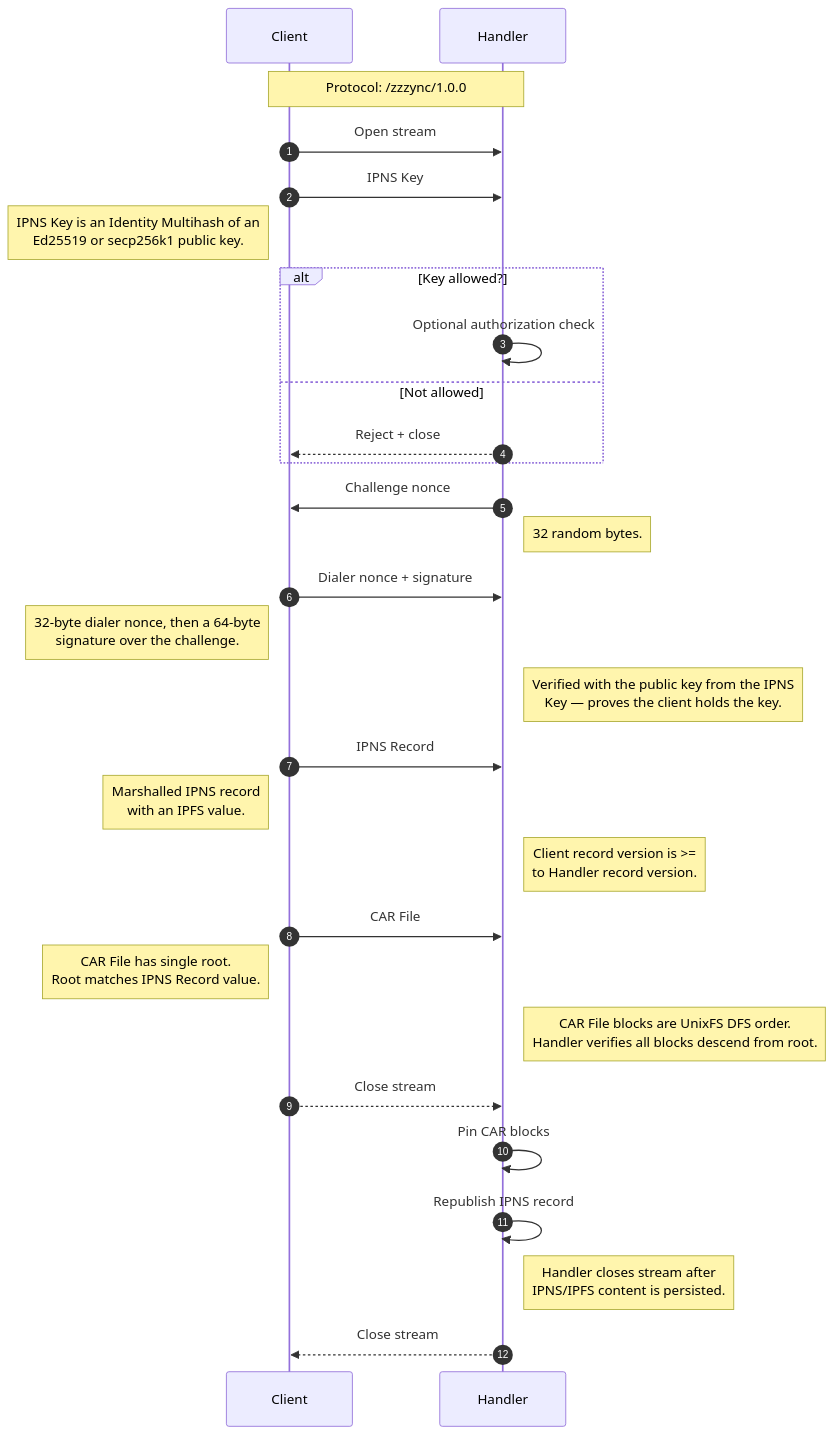
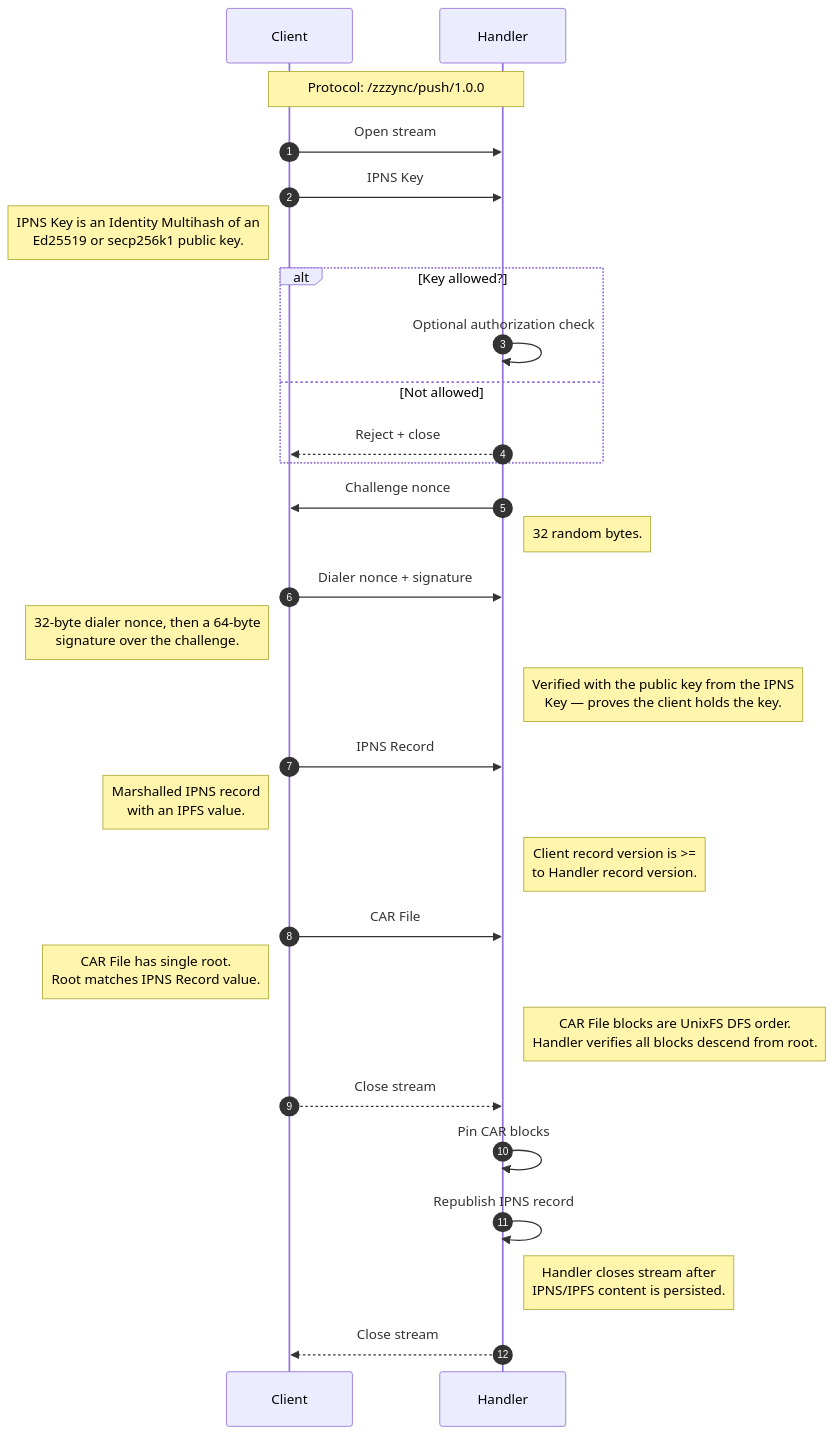
The diagram in spec.md (tabcat/zzzync), drawn with Mermaid before and after one commit. The commit also changed other lines of this file and 5 other files, not shown here.

First line of the commit message:
refactor: name the push protocol /zzzync/push/1.0.0

````diff
--- a/spec.md
+++ b/spec.md
@@ -13,40 +13,40 @@
 ```mermaid
 sequenceDiagram
   autonumber
   participant C as Client
   participant H as Handler
 
-  Note over C,H: Protocol: /zzzync/1.0.0
+  Note over C,H: Protocol: /zzzync/push/1.0.0
 
   C->>H: Open stream
 
   C->>H: IPNS Key
   Note left of C: IPNS Key is an Identity Multihash of an<br/>Ed25519 or secp256k1 public key.
 
   alt Key allowed?
     H->>H: Optional authorization check
   else Not allowed
     H-->>C: Reject + close
   end
 
   H->>C: Challenge nonce
   Note right of H: 32 random bytes.
 
   C->>H: Dialer nonce + signature
   Note left of C: 32-byte dialer nonce, then a 64-byte<br/>signature over the challenge.
   Note right of H: Verified with the public key from the IPNS<br/>Key — proves the client holds the key.
 
   C->>H: IPNS Record
   Note left of C: Marshalled IPNS record<br/>with an IPFS value.
   Note right of H: Client record version is >=<br/>to Handler record version.
 
   C->>H: CAR File
   Note left of C: CAR File has single root.<br/>Root matches IPNS Record value.
   Note right of H: CAR File blocks are UnixFS DFS order.<br/>Handler verifies all blocks descend from root.
   C-->>H: Close stream
 
   H->>H: Pin CAR blocks
   H->>H: Republish IPNS record
   Note right of H: Handler closes stream after<br/>IPNS/IPFS content is persisted.
   H-->>C: Close stream
 ```
````
